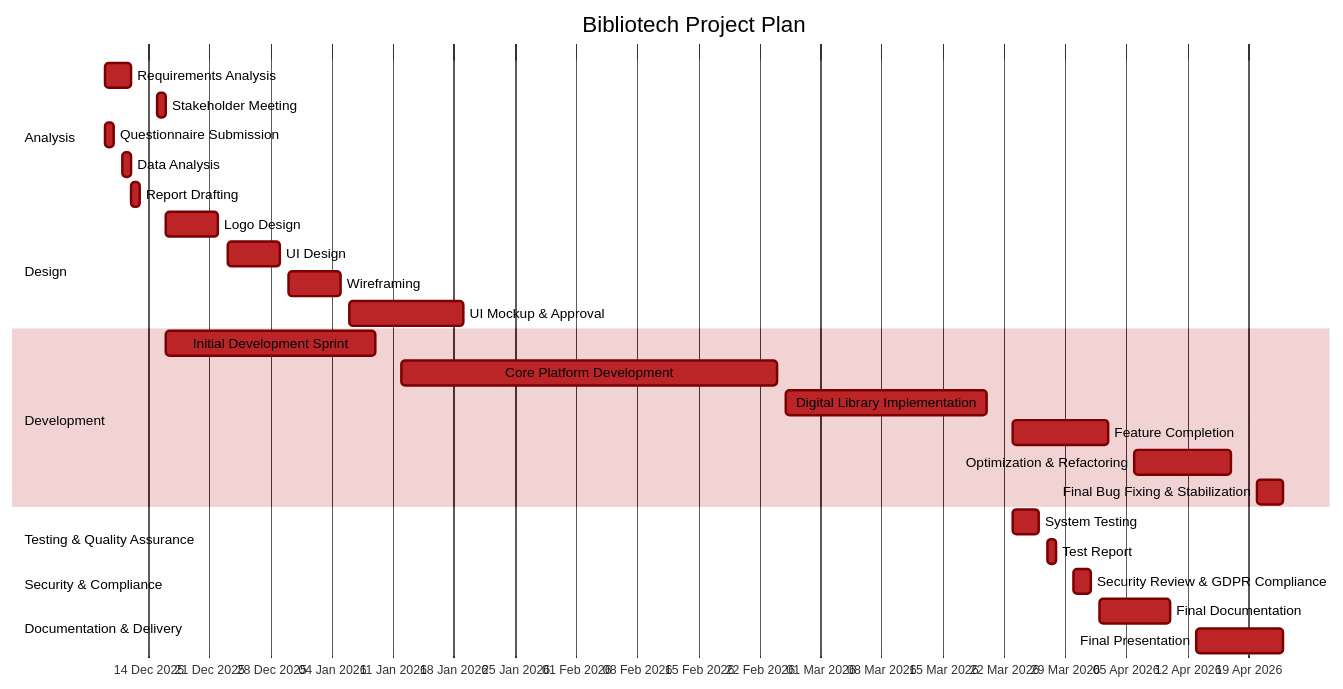
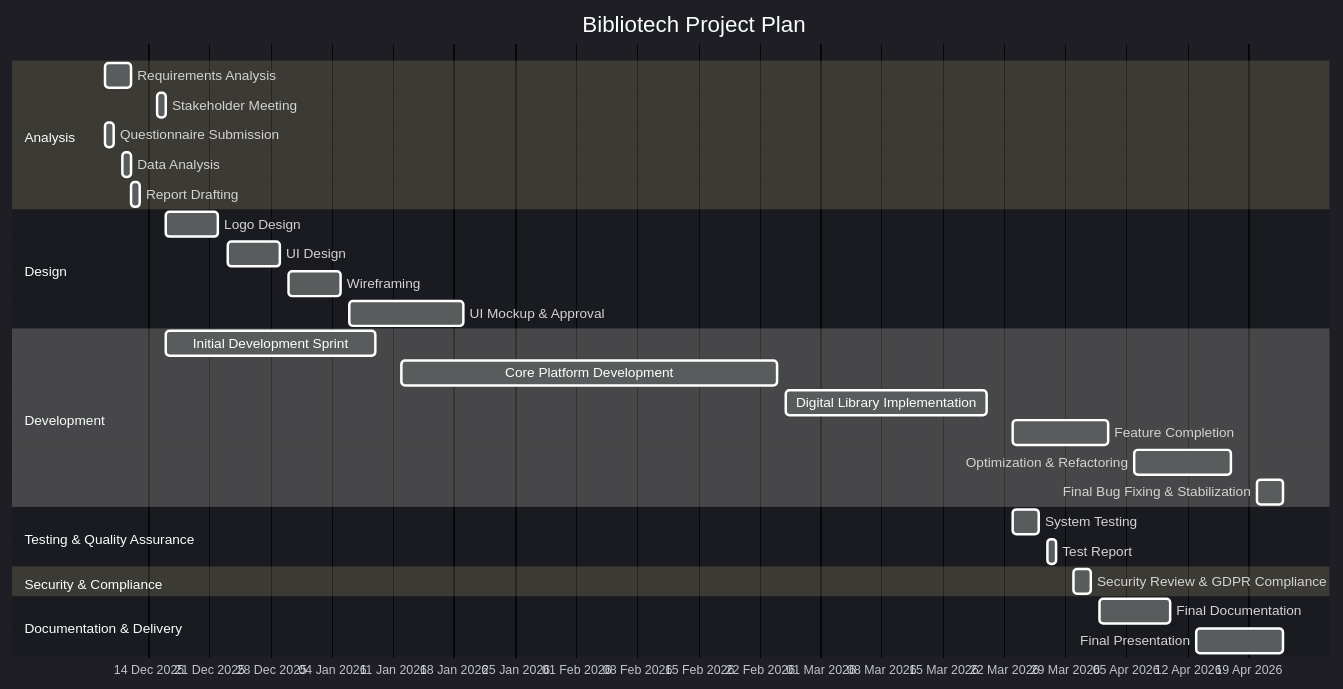
The diagram in docs/Bibliotech.mermaid (ErBeso7/Bibliotech-GANTT), drawn with Mermaid before and after one commit. The commit also changed other lines of this file, not shown here.

Commit message:
Update theme configuration in Bibliotech.mermaid

```diff
--- a/docs/Bibliotech.mermaid
+++ b/docs/Bibliotech.mermaid
@@ -1,48 +1,52 @@
----
-config:
-  theme: 'base'
-  themeVariables:
-    primaryColor: '#BB2528'
-    primaryTextColor: '#000'
-    primaryBorderColor: '#7C0000'
-    lineColor: '#F8B229'
-    secondaryColor: '#006100'
-    tertiaryColor: '#fff'
----
+%%{init: {
+  "theme": "dark",
+  "themeVariables": {
+    "background": "#0d1117",
+    "primaryColor": "#1f6feb",
+    "primaryTextColor": "#ffffff",
+    "secondaryColor": "#238636",
+    "tertiaryColor": "#8957e5",
+    "lineColor": "#c9d1d9",
+    "textColor": "#e6edf3",
+    "taskTextColor": "#ffffff",
+    "sectionTextColor": "#ffffff",
+    "fontFamily": "Inter, Segoe UI, Arial"
+  }
+}}%%
 
 gantt
     title Bibliotech Project Plan
     dateFormat  YYYY-MM-DD
     axisFormat  %d %b %Y
 
     section Analysis
     Requirements Analysis                : 2025-12-09, 2025-12-12
     Stakeholder Meeting                  : 2025-12-15, 1d
     Questionnaire Submission             : 2025-12-09, 2025-12-10
     Data Analysis                        : 2025-12-11, 2025-12-12
     Report Drafting                      : 2025-12-12, 1d
 
     section Design
     Logo Design                          : 2025-12-16, 2025-12-22
     UI Design                            : 2025-12-23, 2025-12-29
     Wireframing                          : 2025-12-30, 2026-01-05
     UI Mockup & Approval                 : 2026-01-06, 2026-01-19
 
     section Development
     Initial Development Sprint           : 2025-12-16, 2026-01-09
     Core Platform Development            : 2026-01-12, 2026-02-24
     Digital Library Implementation       : 2026-02-25, 2026-03-20
     Feature Completion                   : 2026-03-23, 2026-04-03
     Optimization & Refactoring           : 2026-04-06, 2026-04-17
     Final Bug Fixing & Stabilization     : 2026-04-20, 2026-04-23
 
     section Testing & Quality Assurance
     System Testing                       : 2026-03-23, 2026-03-26
     Test Report                          : 2026-03-27, 1d
 
     section Security & Compliance
     Security Review & GDPR Compliance    : 2026-03-30, 2026-04-01
 
     section Documentation & Delivery
     Final Documentation                 : 2026-04-02, 2026-04-10
     Final Presentation                  : 2026-04-13, 2026-04-23
```
